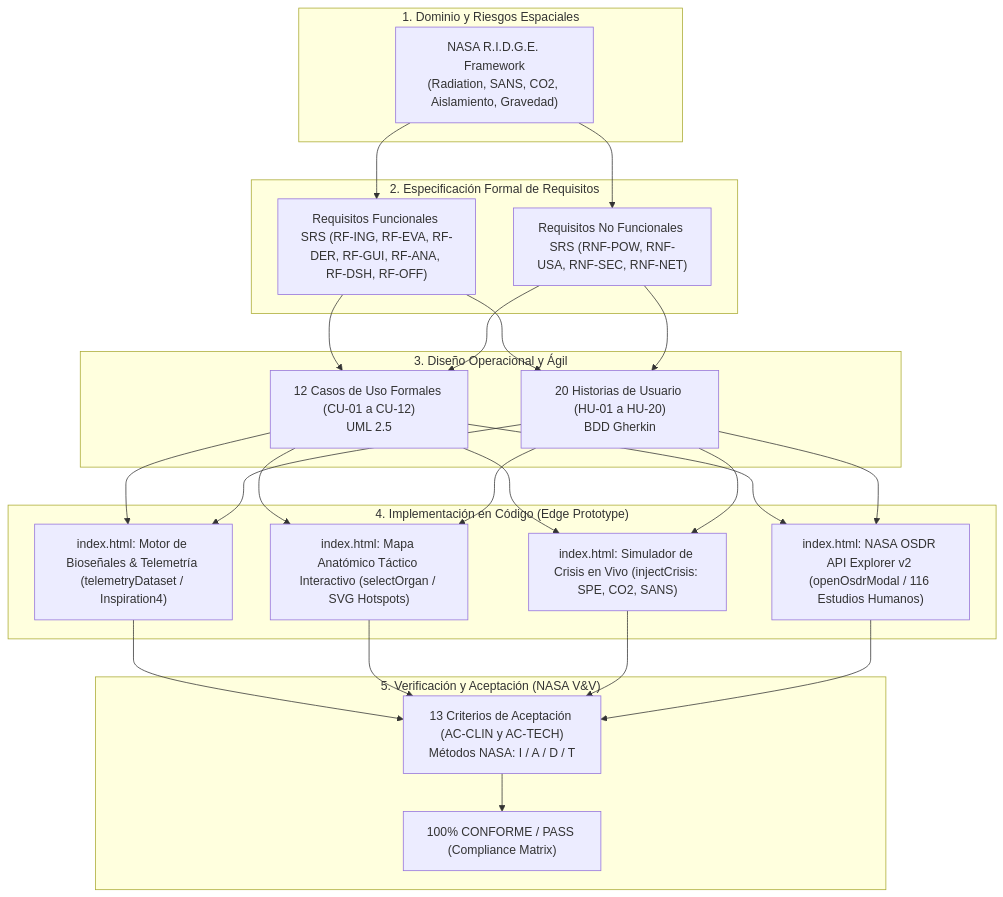
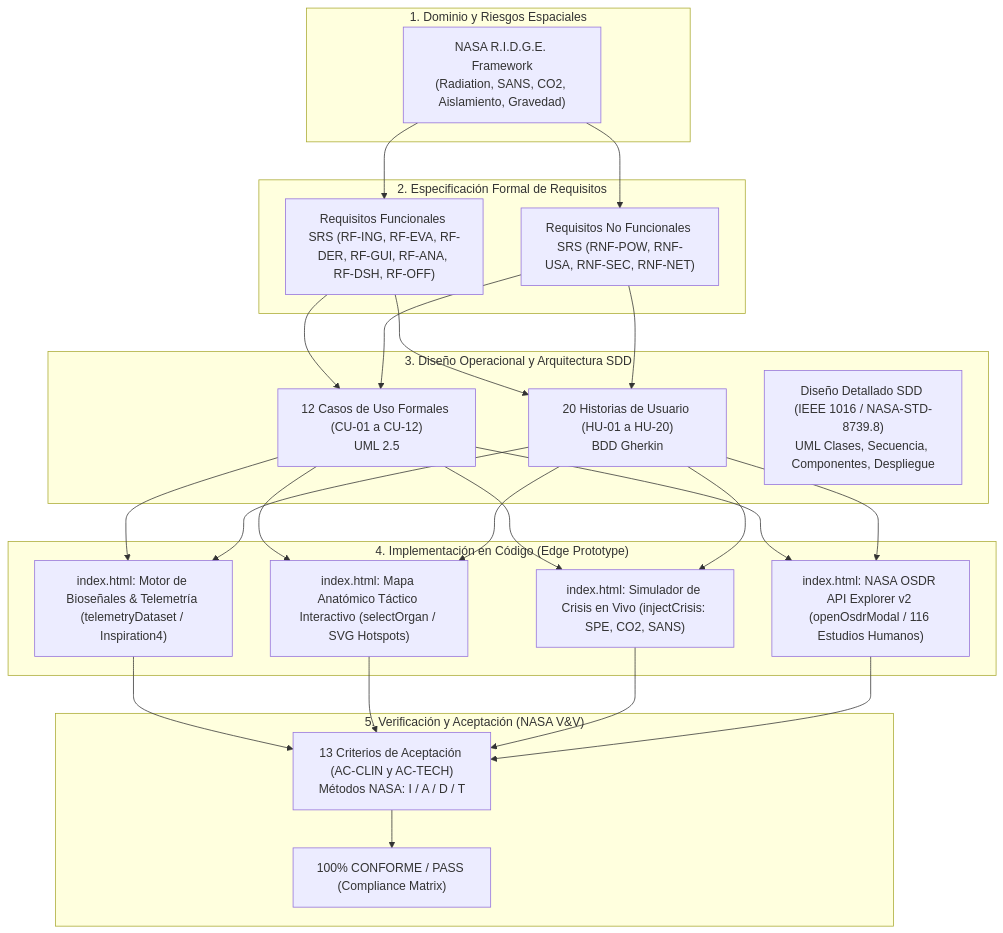
Before and after one commit to angelcontres/ASTHA-SpaceApps: the diagram in docs/MATRIZ_DE_TRAZABILIDAD_RTM.md, drawn with Mermaid. The commit also changed other lines of this file and 2 other files, not shown here.

Commit message:
docs(sdd): create detailed Software Design Description (SDD) with UML diagrams (class, sequence, components, deployment) under NASA-STD-8739.8 and IEEE 1016

````diff
--- a/docs/MATRIZ_DE_TRAZABILIDAD_RTM.md
+++ b/docs/MATRIZ_DE_TRAZABILIDAD_RTM.md
@@ -18,48 +18,49 @@
 ```mermaid
 flowchart TD
     subgraph Dominio["1. Dominio y Riesgos Espaciales"]
         R1["NASA R.I.D.G.E. Framework<br/>(Radiation, SANS, CO2, Aislamiento, Gravedad)"]
     end
 
     subgraph Especificacion["2. Especificación Formal de Requisitos"]
         SRS_F["Requisitos Funcionales SRS (RF-ING, RF-EVA, RF-DER, RF-GUI, RF-ANA, RF-DSH, RF-OFF)"]
         SRS_NF["Requisitos No Funcionales SRS (RNF-POW, RNF-USA, RNF-SEC, RNF-NET)"]
     end
 
-    subgraph DisenoAgil["3. Diseño Operacional y Ágil"]
+    subgraph DisenoAgil["3. Diseño Operacional y Arquitectura SDD"]
         CU["12 Casos de Uso Formales (CU-01 a CU-12)<br/>UML 2.5"]
         HU["20 Historias de Usuario (HU-01 a HU-20)<br/>BDD Gherkin"]
+        SDD["Diseño Detallado SDD (IEEE 1016 / NASA-STD-8739.8)<br/>UML Clases, Secuencia, Componentes, Despliegue"]
     end
 
     subgraph Implementacion["4. Implementación en Código (Edge Prototype)"]
         CODE1["index.html: Motor de Bioseñales & Telemetría (telemetryDataset / Inspiration4)"]
         CODE2["index.html: Mapa Anatómico Táctico Interactivo (selectOrgan / SVG Hotspots)"]
         CODE3["index.html: Simulador de Crisis en Vivo (injectCrisis: SPE, CO2, SANS)"]
         CODE4["index.html: NASA OSDR API Explorer v2 (openOsdrModal / 116 Estudios Humanos)"]
     end
 
     subgraph Validacion["5. Verificación y Aceptación (NASA V&V)"]
         AC["13 Criterios de Aceptación (AC-CLIN y AC-TECH)<br/>Métodos NASA: I / A / D / T"]
         PASS["100% CONFORME / PASS (Compliance Matrix)"]
     end
 
     R1 --> SRS_F
     R1 --> SRS_NF
     SRS_F --> CU
     SRS_F --> HU
     SRS_NF --> CU
     SRS_NF --> HU
     CU --> CODE1
     CU --> CODE2
     CU --> CODE3
     CU --> CODE4
     HU --> CODE1
     HU --> CODE2
     HU --> CODE3
     HU --> CODE4
     CODE1 --> AC
     CODE2 --> AC
     CODE3 --> AC
     CODE4 --> AC
     AC --> PASS
 ```
````
